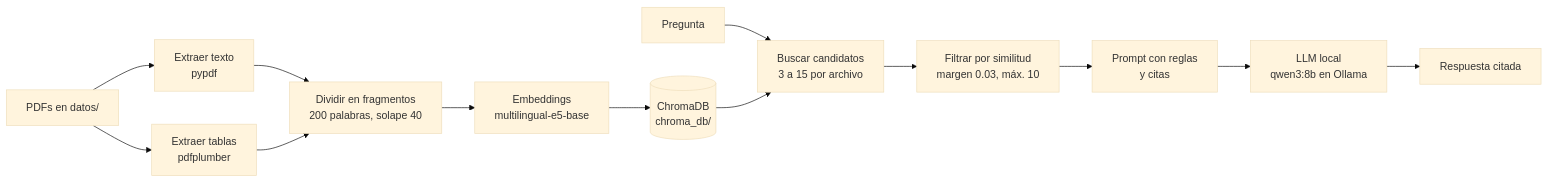
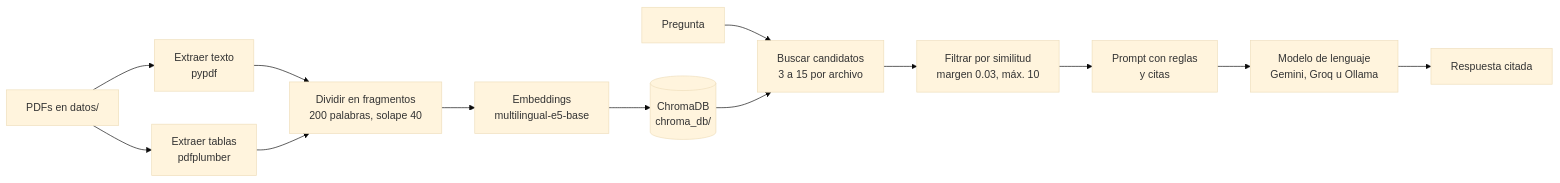
Before and after one commit to loz-perez/NeuroClerk: the diagram in README.md, drawn with Mermaid (base theme). The commit also changed other lines of this file and 1 other file, not shown here.

````diff
--- a/README.md
+++ b/README.md
@@ -11,15 +11,15 @@
 ```mermaid
 flowchart LR
     A[PDFs en datos/] --> B[Extraer texto<br/>pypdf]
     A --> C[Extraer tablas<br/>pdfplumber]
     B --> D[Dividir en fragmentos<br/>200 palabras, solape 40]
     C --> D
     D --> E[Embeddings<br/>multilingual-e5-base]
     E --> F[(ChromaDB<br/>chroma_db/)]
     P[Pregunta] --> G[Buscar candidatos<br/>3 a 15 por archivo]
     F --> G
     G --> H[Filtrar por similitud<br/>margen 0.03, máx. 10]
     H --> I[Prompt con reglas<br/>y citas]
-    I --> J[LLM local<br/>qwen3:8b en Ollama]
+    I --> J[Modelo de lenguaje<br/>Gemini, Groq u Ollama]
     J --> R[Respuesta citada]
 ```
````
